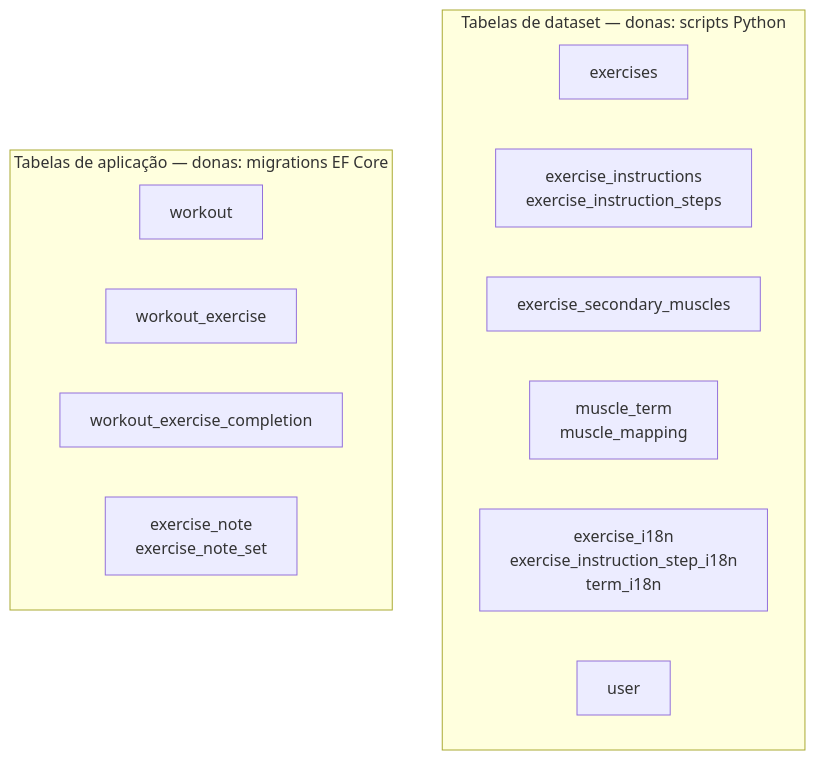
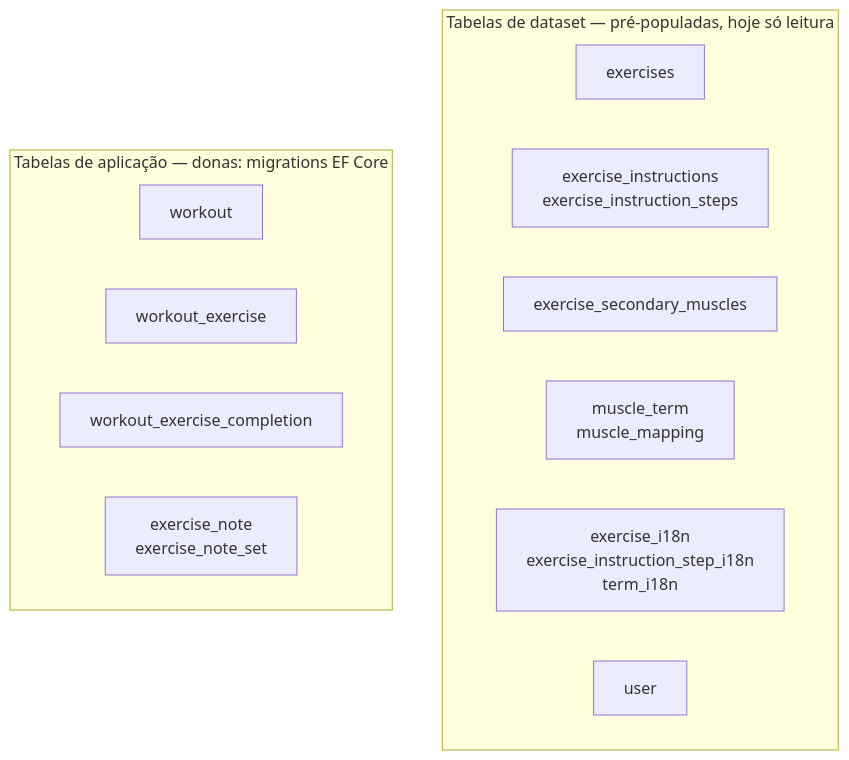
The second of 7 diagrams in README.md (DanielDemico/WorkoutOrganizer), drawn with Mermaid before and after one commit. The commit also changed other lines of this file, not shown here.

````diff
--- a/README.md
+++ b/README.md
@@ -109,21 +100,21 @@
 ```mermaid
 flowchart TB
-    subgraph DATASET["Tabelas de dataset — donas: scripts Python"]
+    subgraph DATASET["Tabelas de dataset — pré-populadas, hoje só leitura"]
         direction LR
         E["exercises"]
         EI["exercise_instructions<br/>exercise_instruction_steps"]
         ESM["exercise_secondary_muscles"]
         MT["muscle_term<br/>muscle_mapping"]
         I18N["exercise_i18n<br/>exercise_instruction_step_i18n<br/>term_i18n"]
         U["user"]
     end
 
     subgraph APP["Tabelas de aplicação — donas: migrations EF Core"]
         direction LR
         W["workout"]
         WE["workout_exercise"]
         WEC["workout_exercise_completion"]
         N["exercise_note<br/>exercise_note_set"]
     end
 
 ```
````
